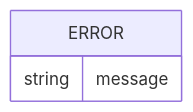
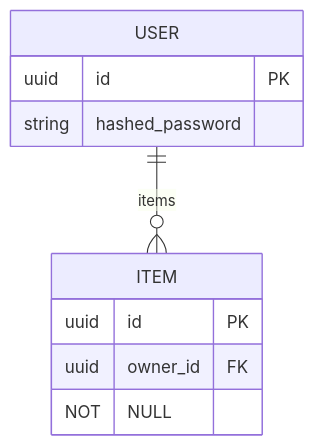
Before and after one commit to murphycrew/full-stack-fastapi-template: the diagram in docs/database/erd.mmd, drawn with Mermaid. The commit also changed 1 other file, not shown here.

```diff
--- a/docs/database/erd.mmd
+++ b/docs/database/erd.mmd
@@ -1,15 +1,22 @@
 %% Database ERD Diagram
-%% Generated: 2025-10-03T21:36:56.037292
-%% Version: 1.0
-%% Entities: 0
-%% Relationships: 0
-%% Status: error
-
-%% Error: ERD generation failed: Models file not found: nonexistent_models.py
+%% Generated: 2025-10-03T21:44:41.913016
+%% Version: Unknown
+%% Entities: 2
+%% Relationships: 1
+%% Status: invalid
 
 %% This diagram is automatically generated from SQLModel definitions
 
 erDiagram
-    ERROR {
-        string message
-    }
+
+USER {
+    uuid id PK
+    string hashed_password
+}
+
+ITEM {
+    uuid id PK
+    uuid owner_id FK NOT NULL
+}
+
+USER ||--o{ ITEM : items
```
